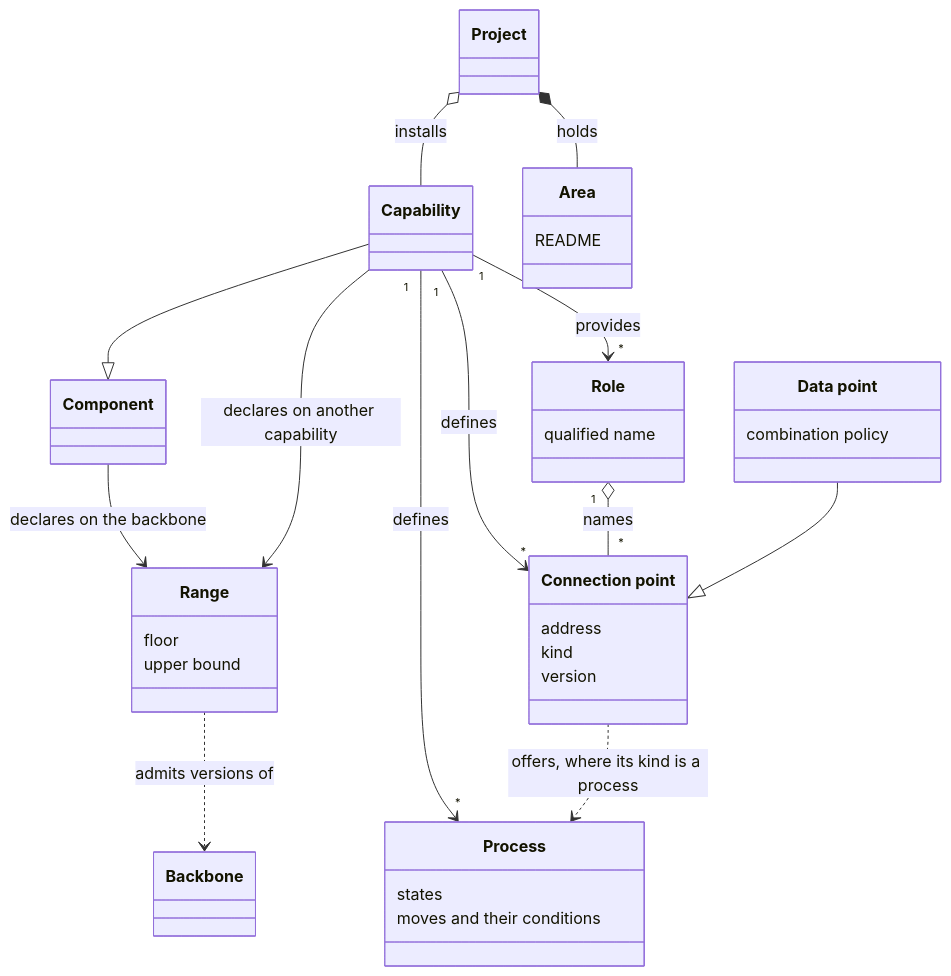
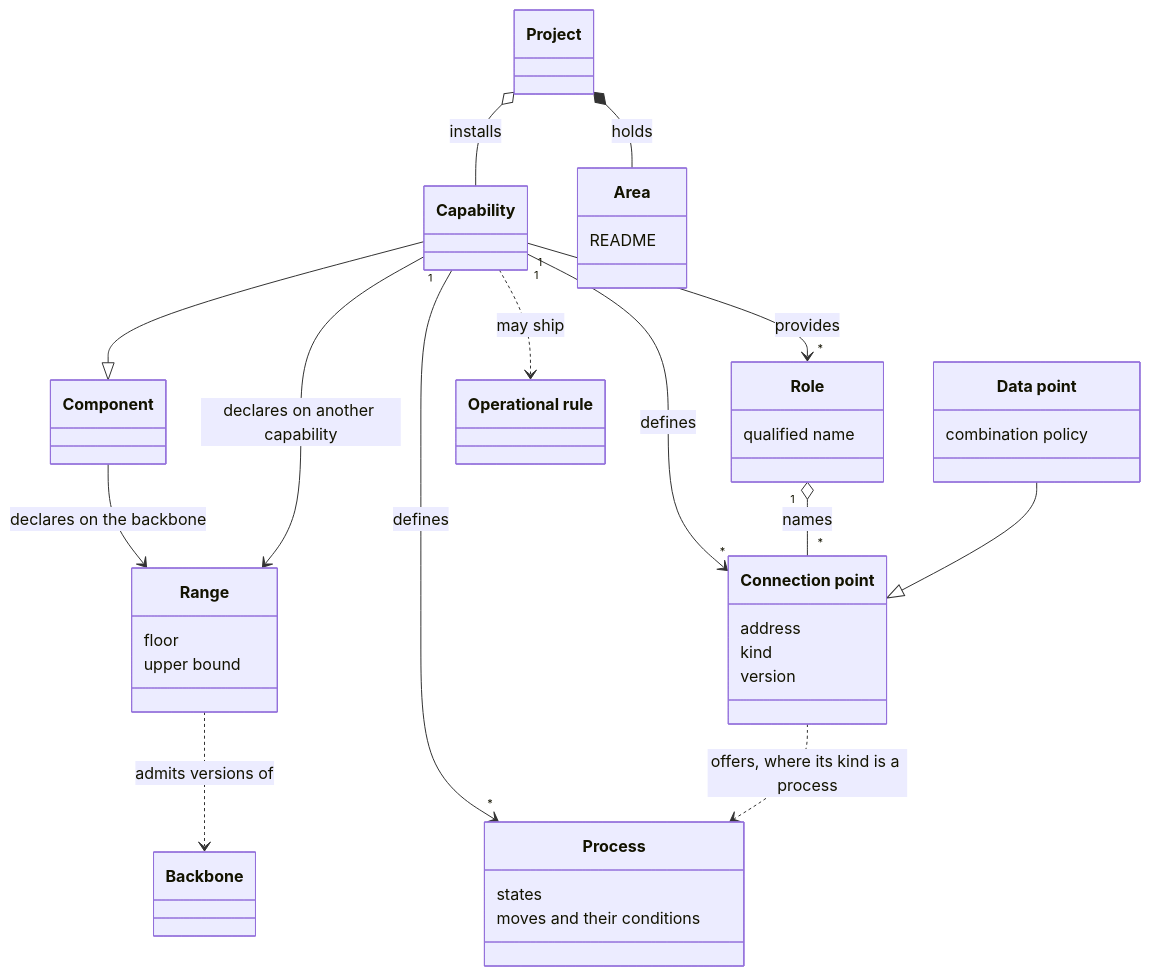
One commit to aleskalfas/project-kit changed the first of 2 diagrams in tech-docs/analysis/core/domain-model/030-capabilities-areas-and-connection-points.md. Above: the diagram before and after it, drawn with Mermaid. The commit also changed other lines of this file and 4 other files, not shown here.

First line of the commit message:
docs: the software analysis describes the capability layer of operational rules

````diff
--- a/tech-docs/analysis/core/domain-model/030-capabilities-areas-and-connection-points.md
+++ b/tech-docs/analysis/core/domain-model/030-capabilities-areas-and-connection-points.md
@@ -47,37 +48,39 @@
 ```mermaid
 classDiagram
   accTitle: Capabilities, areas and connection points
-  accDescr: A capability is a component a project chooses to install. A component declares a range on the backbone, and a capability may declare a range on another capability. An area is a slice of a project's .pkit tree that needs no install. A capability provides roles, and under a role it defines connection points, which other components fill, depend on or subscribe to. A data point is the kind of connection point that takes data in. A capability also defines processes, and a connection point may offer one for others to depend on.
+  accDescr: A capability is a component a project chooses to install. A component declares a range on the backbone, and a capability may declare a range on another capability. An area is a slice of a project's .pkit tree that needs no install. A capability provides roles, and under a role it defines connection points, which other components fill, depend on or subscribe to. A data point is the kind of connection point that takes data in. A capability also defines processes, and a connection point may offer one for others to depend on. A capability may ship operational rules of its own.
   class Component["Component"]
   class Backbone["Backbone"]
   class Project["Project"]
   class Capability["Capability"]
   class Range["Range"]
   Range : floor
   Range : upper bound
   class Area["Area"]
   Area : README
   class ConnectionPoint["Connection point"]
   ConnectionPoint : address
   ConnectionPoint : kind
   ConnectionPoint : version
   class Role["Role"]
   Role : qualified name
   class DataPoint["Data point"]
   DataPoint : combination policy
   class Process["Process"]
   Process : states
   Process : moves and their conditions
+  class OperationalRule["Operational rule"]
   Capability --|> Component
   Project o-- Capability : installs
   Project *-- Area : holds
   Component --> Range : declares on the backbone
   Capability --> Range : declares on another capability
   Range ..> Backbone : admits versions of
   Capability "1" --> "*" Role : provides
   Capability "1" --> "*" ConnectionPoint : defines
   Role "1" o-- "*" ConnectionPoint : names
   DataPoint --|> ConnectionPoint
   Capability "1" --> "*" Process : defines
   ConnectionPoint ..> Process : offers, where its kind is a process
+  Capability ..> OperationalRule : may ship
 ```
````
